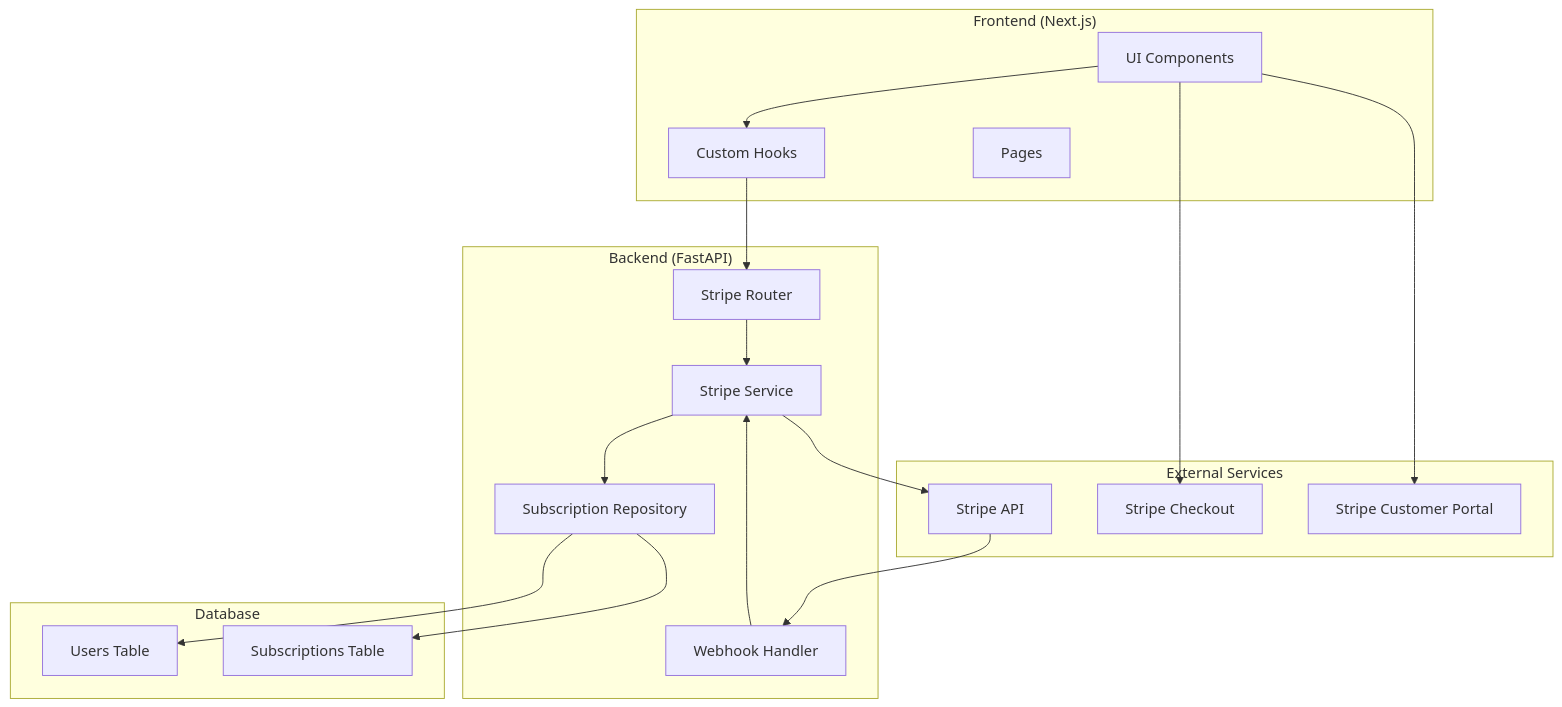
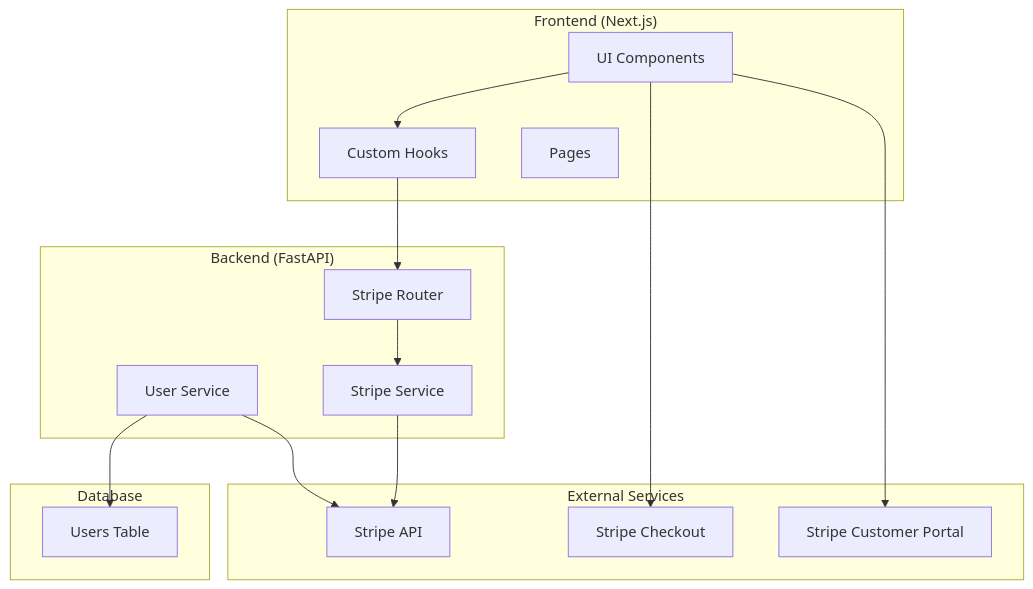
One commit to amusphere/aureca changed the diagram in .kiro/specs/stripe-billing-migration/design.md. Above: the diagram before and after it, drawn with Mermaid. The commit also changed other lines of this file and 2 other files, not shown here.

````diff
--- a/.kiro/specs/stripe-billing-migration/design.md
+++ b/.kiro/specs/stripe-billing-migration/design.md
@@ -11,38 +11,33 @@
 ```mermaid
 graph TB
     subgraph "Frontend (Next.js)"
         UI[UI Components]
         Hooks[Custom Hooks]
         Pages[Pages]
     end
 
     subgraph "Backend (FastAPI)"
         Router[Stripe Router]
         Service[Stripe Service]
-        Repository[Subscription Repository]
-        Webhook[Webhook Handler]
+        UserService[User Service]
     end
 
     subgraph "External Services"
         Stripe[Stripe API]
         StripeCheckout[Stripe Checkout]
         StripePortal[Stripe Customer Portal]
     end
 
     subgraph "Database"
         Users[Users Table]
-        Subscriptions[Subscriptions Table]
     end
 
     UI --> Hooks
     Hooks --> Router
     Router --> Service
-    Service --> Repository
-    Repository --> Users
-    Repository --> Subscriptions
     Service --> Stripe
-    Stripe --> Webhook
-    Webhook --> Service
+    UserService --> Users
+    UserService --> Stripe
     UI --> StripeCheckout
     UI --> StripePortal
 ```
````
